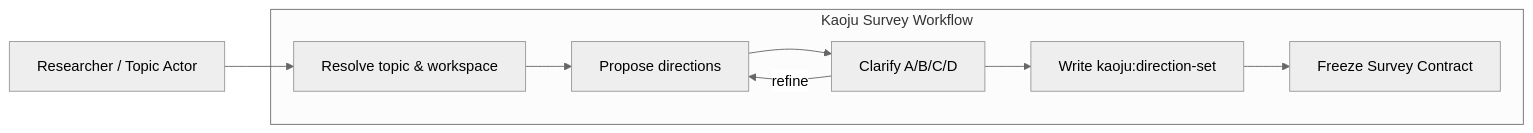
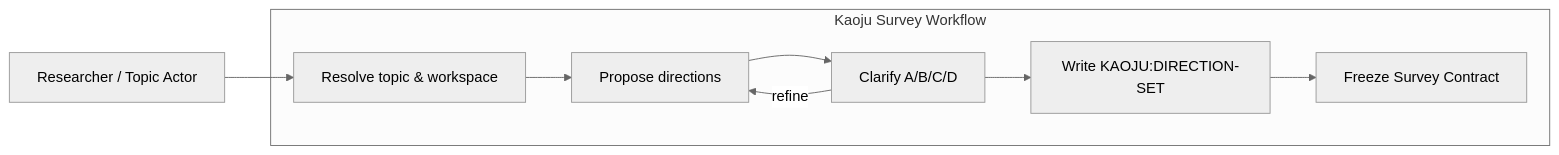
Before and after one commit to CodeGandee/isomer-labs: the first of 2 diagrams in context/features/2026-07-14-kaoju-survey-process-usecases/usecases/uc-01-survey-direction-from-topic.md, drawn with Mermaid (neutral theme). The commit also changed other lines of this file and 309 other files, not shown here.

````diff
--- a/context/features/2026-07-14-kaoju-survey-process-usecases/usecases/uc-01-survey-direction-from-topic.md
+++ b/context/features/2026-07-14-kaoju-survey-process-usecases/usecases/uc-01-survey-direction-from-topic.md
@@ -64,19 +64,19 @@
 ```mermaid
 flowchart LR
   Actor[Researcher / Topic Actor]
 
   subgraph System[Kaoju Survey Workflow]
     Resolve[Resolve topic & workspace]
     Propose[Propose directions]
     Clarify[Clarify A/B/C/D]
-    DirectionSet[Write kaoju:direction-set]
+    DirectionSet[Write KAOJU:DIRECTION-SET]
     Freeze[Freeze Survey Contract]
   end
 
   Actor --> Resolve
   Resolve --> Propose
   Propose --> Clarify
   Clarify --> DirectionSet
   Clarify -->|refine| Propose
   DirectionSet --> Freeze
 ```
````
